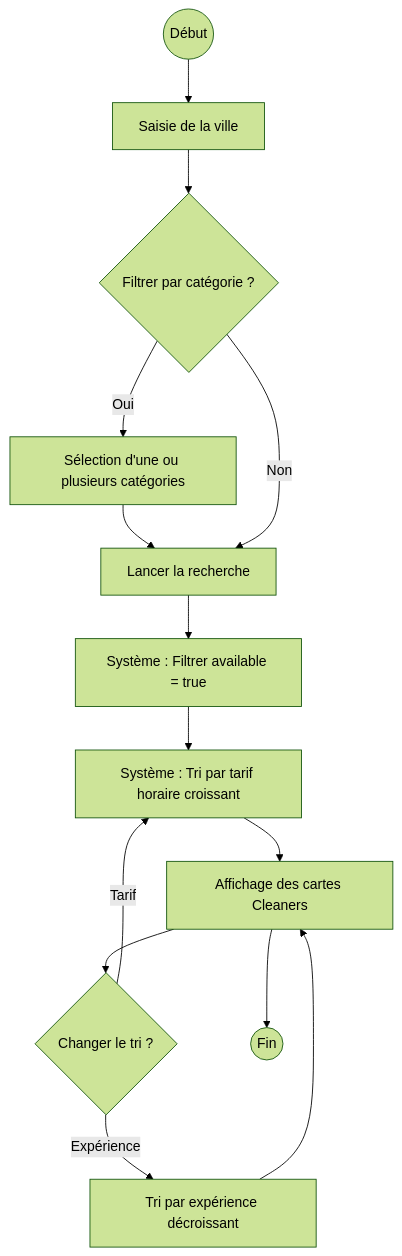
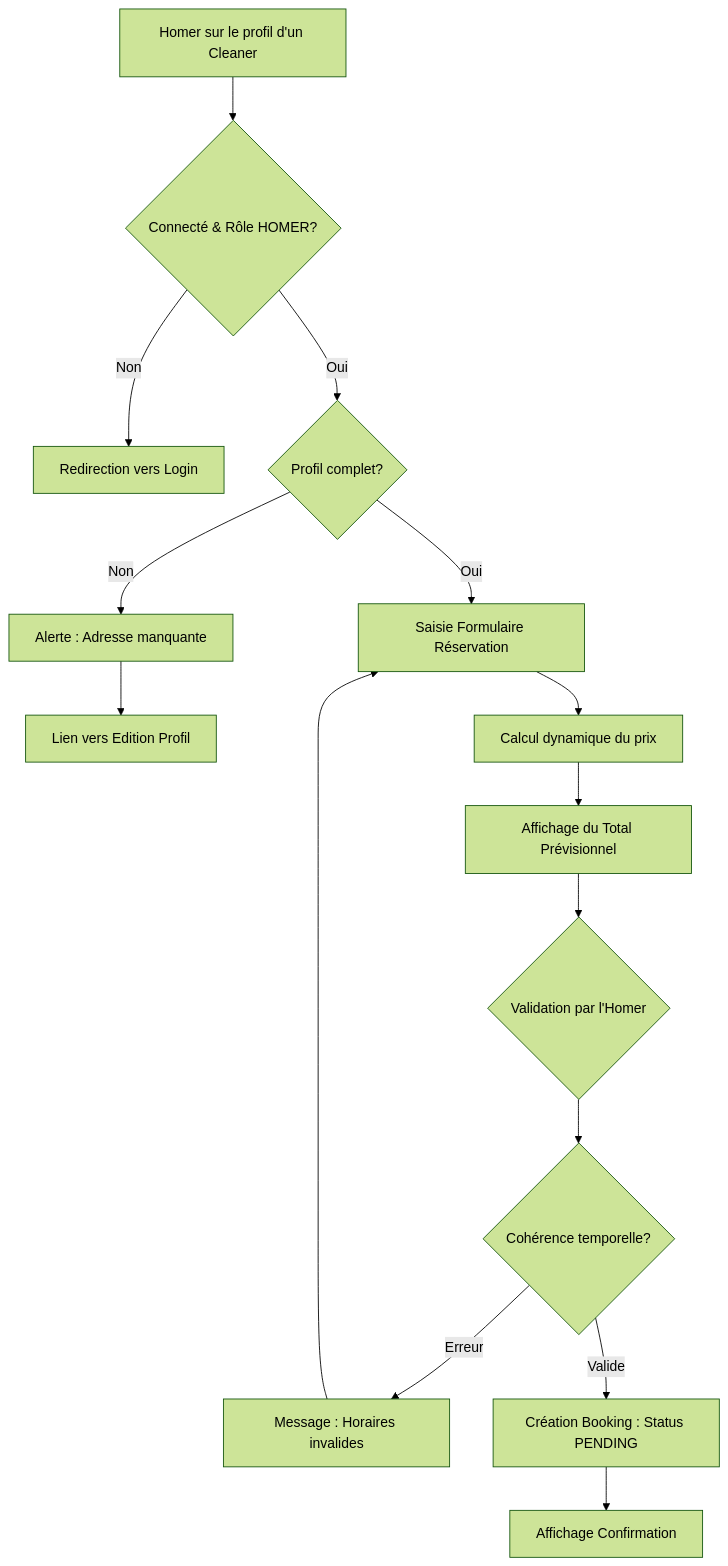
The second of 2 diagrams in sweet-home-project/product/specs/spec-feature-auto-cycle-2.md (Hsaoud/sweethome), drawn with Mermaid (forest theme) before and after one commit. The commit also changed other lines of this file and 3 other files, not shown here.

Commit message:
feat: auto-implémentation - [Réservation d'une Prestation de Ménage]

````diff
--- a/sweet-home-project/product/specs/spec-feature-auto-cycle-2.md
+++ b/sweet-home-project/product/specs/spec-feature-auto-cycle-2.md
@@ -38,22 +42,21 @@
 ```mermaid
 graph TD
-    Start((Début)) --> InputCity[Saisie de la ville]
-    InputCity --> OptFilter{Filtrer par catégorie ?}
+    A[Homer sur le profil d'un Cleaner] --> B{Connecté & Rôle HOMER?}
+    B -- Non --> C[Redirection vers Login]
+    B -- Oui --> D{Profil complet?}
+    D -- Non --> E[Alerte : Adresse manquante]
+    E --> F[Lien vers Edition Profil]
+    D -- Oui --> G[Saisie Formulaire Réservation]
     
-    OptFilter -- Oui --> SelectCat[Sélection d'une ou plusieurs catégories]
-    SelectCat --> Search[Lancer la recherche]
+    G --> H[Calcul dynamique du prix]
+    H --> I[Affichage du Total Prévisionnel]
     
-    OptFilter -- Non --> Search
+    I --> J{Validation par l'Homer}
+    J --> K{Cohérence temporelle?}
     
-    Search --> SystemFilter[Système : Filtrer available = true]
-    SystemFilter --> DefaultSort[Système : Tri par tarif horaire croissant]
+    K -- Erreur --> L[Message : Horaires invalides]
+    L --> G
     
-    DefaultSort --> Display[Affichage des cartes Cleaners]
-    
-    Display --> UserSort{Changer le tri ?}
-    UserSort -- Expérience --> SortExp[Tri par expérience décroissant]
-    UserSort -- Tarif --> DefaultSort
-    
-    SortExp --> Display
-    Display --> End((Fin))
+    K -- Valide --> M[Création Booking : Status PENDING]
+    M --> N[Affichage Confirmation]
 ```
````
